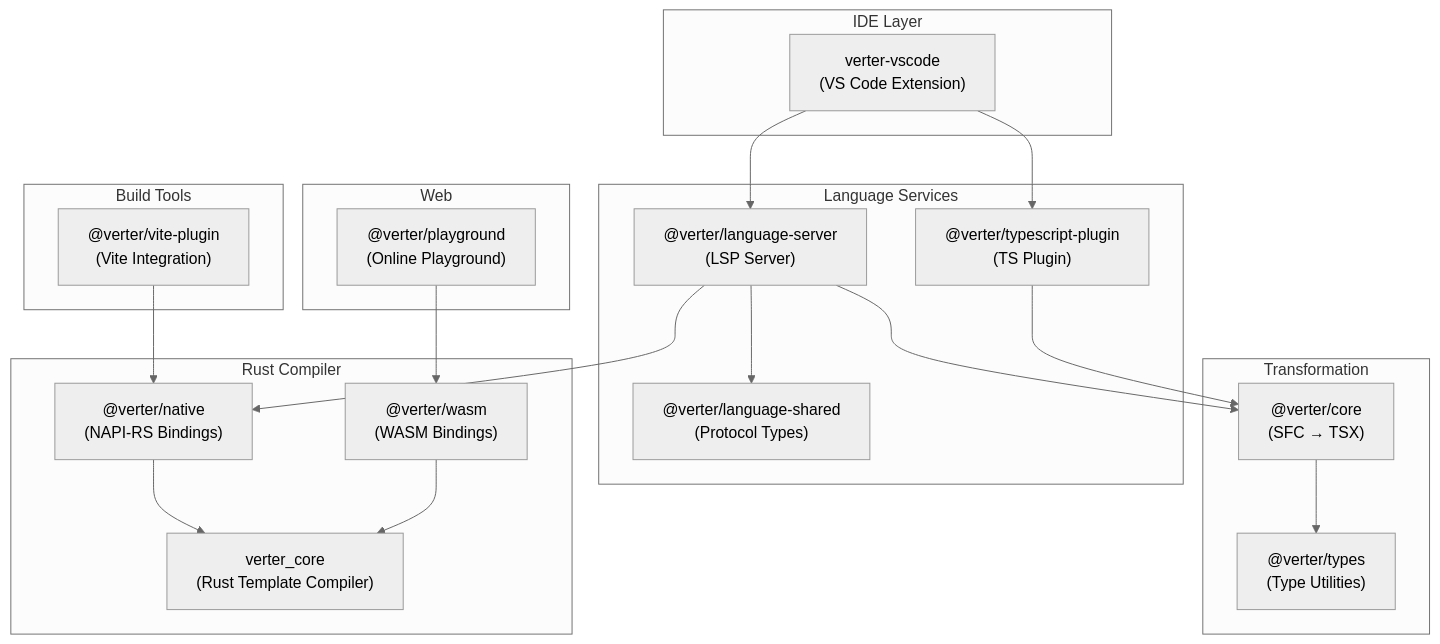
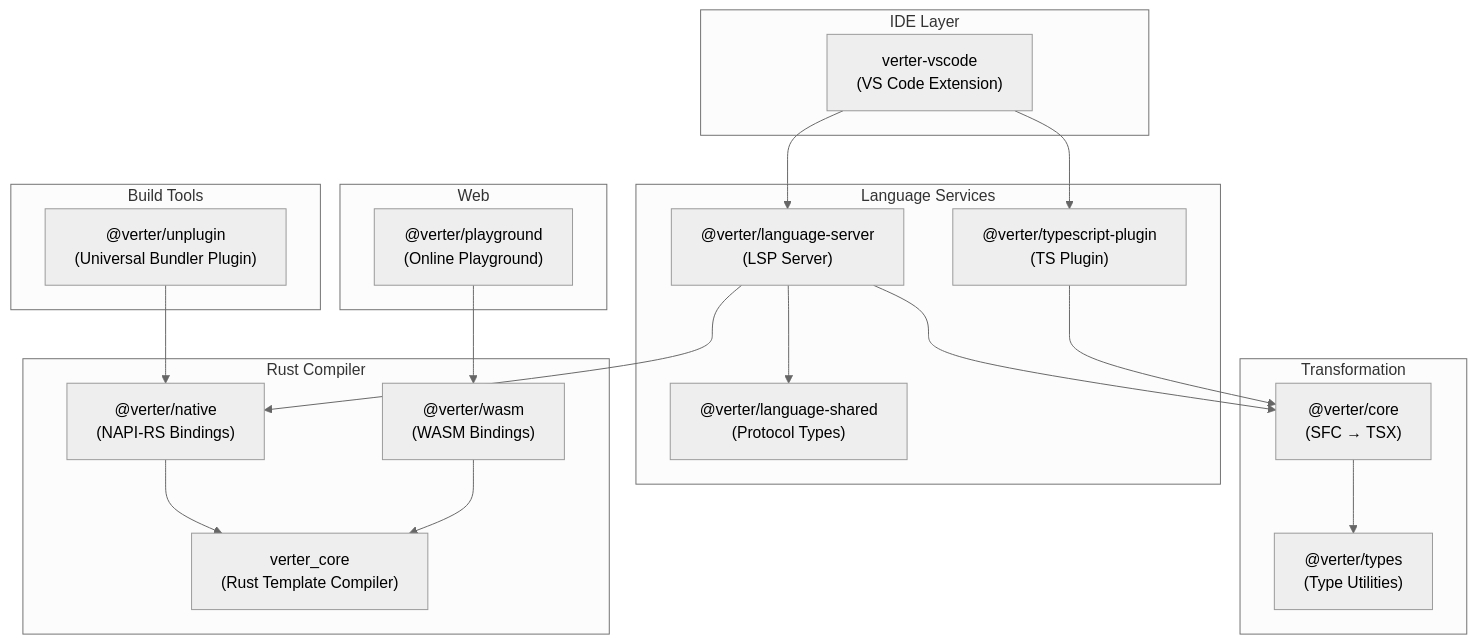
One commit to pikax/verter changed the first of 2 diagrams in readme.md. Above: the diagram before and after it, drawn with Mermaid (neutral theme). The commit also changed other lines of this file and 19 other files, not shown here.

Commit message:
remove vite-plugin

````diff
--- a/readme.md
+++ b/readme.md
@@ -117,43 +117,43 @@
 ```mermaid
 graph TB
     subgraph "IDE Layer"
         VSCode["verter-vscode<br/>(VS Code Extension)"]
     end
 
     subgraph "Language Services"
         LSP["@verter/language-server<br/>(LSP Server)"]
         TSPlugin["@verter/typescript-plugin<br/>(TS Plugin)"]
         Shared["@verter/language-shared<br/>(Protocol Types)"]
     end
 
     subgraph "Transformation"
         Core["@verter/core<br/>(SFC → TSX)"]
         Types["@verter/types<br/>(Type Utilities)"]
     end
 
     subgraph "Rust Compiler"
         Native["@verter/native<br/>(NAPI-RS Bindings)"]
         WASM["@verter/wasm<br/>(WASM Bindings)"]
         RustCore["verter_core<br/>(Rust Template Compiler)"]
     end
 
     subgraph "Build Tools"
-        Vite["@verter/vite-plugin<br/>(Vite Integration)"]
+        Unplugin["@verter/unplugin<br/>(Universal Bundler Plugin)"]
     end
 
     subgraph "Web"
         Playground["@verter/playground<br/>(Online Playground)"]
     end
 
     VSCode --> LSP
     VSCode --> TSPlugin
     LSP --> Core
     LSP --> Native
     LSP --> Shared
     TSPlugin --> Core
     Core --> Types
     Native --> RustCore
     WASM --> RustCore
-    Vite --> Native
+    Unplugin --> Native
     Playground --> WASM
 ```
````
